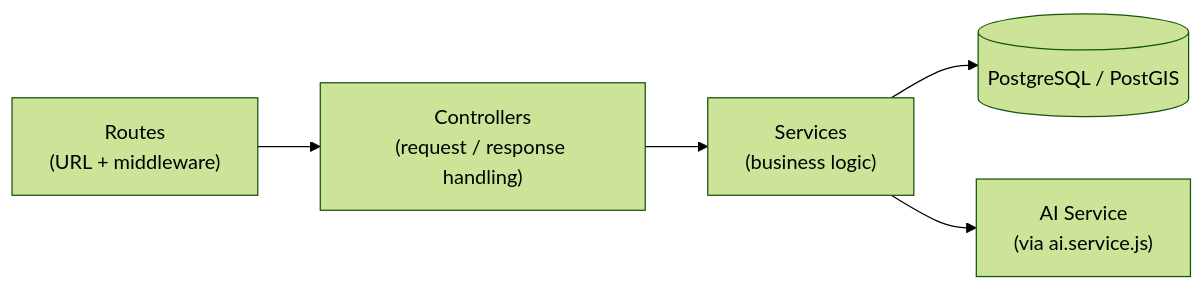
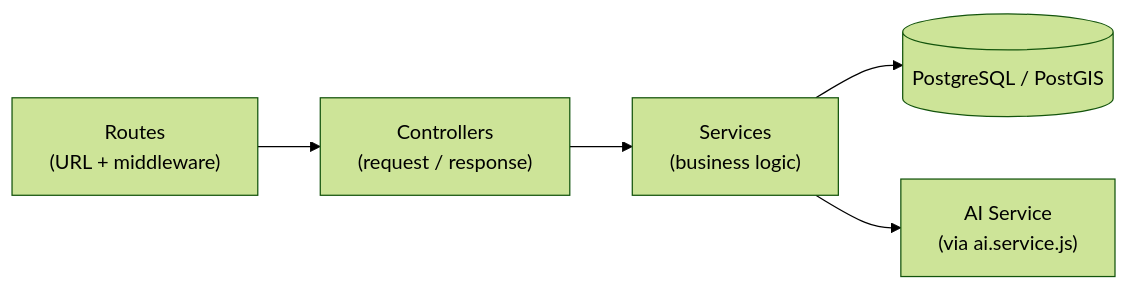
The third of 6 diagrams in README.md (aryan24cse109-dev/intellilandAI), drawn with Mermaid (forest theme) before and after one commit. The commit also changed other lines of this file, not shown here.

````diff
--- a/README.md
+++ b/README.md
@@ -286,7 +290,7 @@
 ```mermaid
 flowchart LR
-    R["Routes<br/>(URL + middleware)"] --> C["Controllers<br/>(request / response handling)"]
+    R["Routes<br/>(URL + middleware)"] --> C["Controllers<br/>(request / response)"]
     C --> S["Services<br/>(business logic)"]
     S --> D[("PostgreSQL / PostGIS")]
     S --> AI["AI Service<br/>(via ai.service.js)"]
 ```
````
